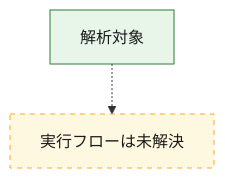
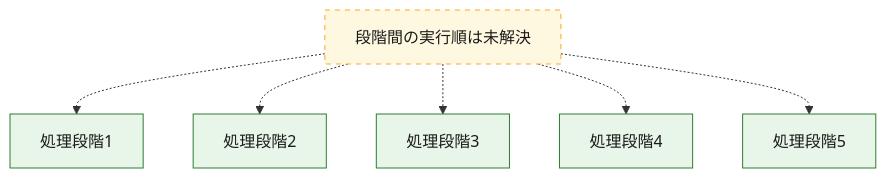
One commit to proshiba/AI-security-analysis changed the first of 3 diagrams in analysis-results/malware/purehvnc/versions/unknown/cases/c66052e6deca51833f260eeed639d78a7424bb244e9682ae736616d45d342e1c/OVERALL-LOGIC.md. Above: the diagram before and after it, drawn with Mermaid. The commit also changed other lines of this file and 105 other files, not shown here.

````diff
--- a/analysis-results/malware/purehvnc/versions/unknown/cases/c66052e6deca51833f260eeed639d78a7424bb244e9682ae736616d45d342e1c/OVERALL-LOGIC.md
+++ b/analysis-results/malware/purehvnc/versions/unknown/cases/c66052e6deca51833f260eeed639d78a7424bb244e9682ae736616d45d342e1c/OVERALL-LOGIC.md
@@ -16,10 +16,18 @@
 ```mermaid
 flowchart TD
-  exec_target["解析対象"]
-  exec_unknown["実行フローは未解決"]
-  exec_target -.-> exec_unknown
-  class exec_target confirmed
+  exec_01["処理段階1"]
+  exec_02["処理段階2"]
+  exec_03["処理段階3"]
+  exec_04["処理段階4"]
+  exec_05["処理段階5"]
+  exec_unknown["段階間の実行順は未解決"]
+  exec_unknown -.-> exec_01
+  exec_unknown -.-> exec_02
+  exec_unknown -.-> exec_03
+  exec_unknown -.-> exec_04
+  exec_unknown -.-> exec_05
   class exec_unknown unresolved
+  class exec_01,exec_02,exec_03,exec_04,exec_05 confirmed
   classDef confirmed fill:#e8f5e9,stroke:#2e7d32,color:#1b1b1b
   classDef unresolved fill:#fff8e1,stroke:#f9a825,color:#1b1b1b,stroke-dasharray:5 5
 ```
````
